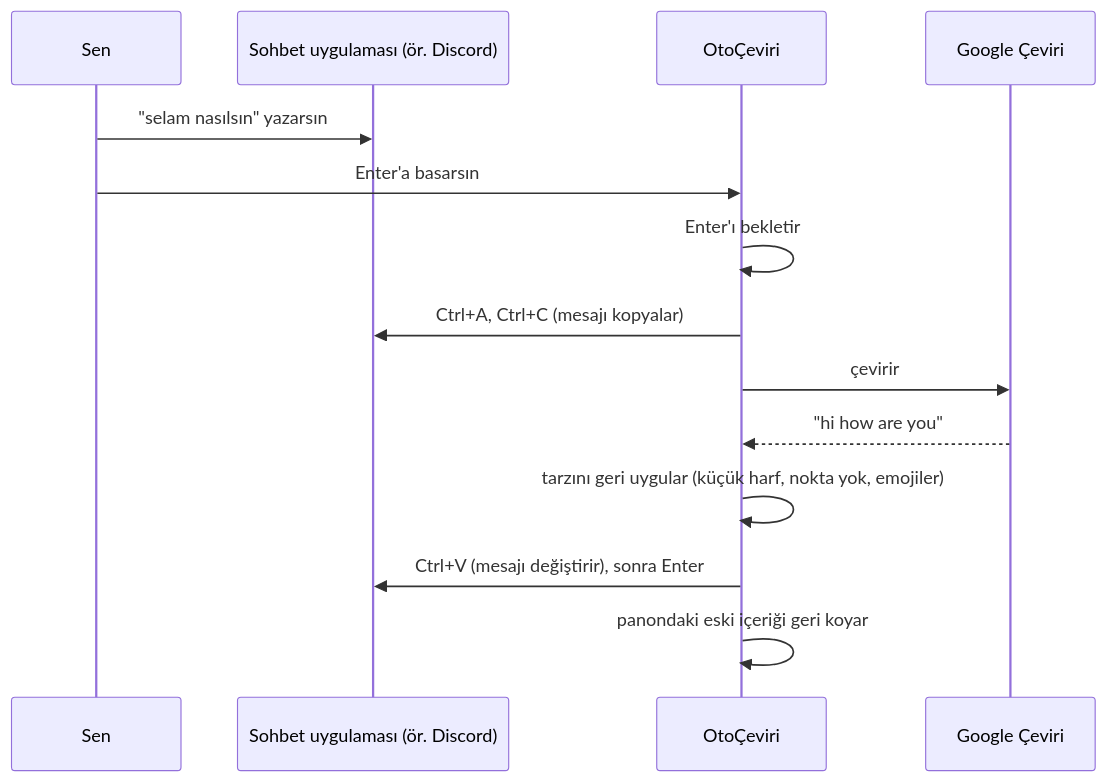
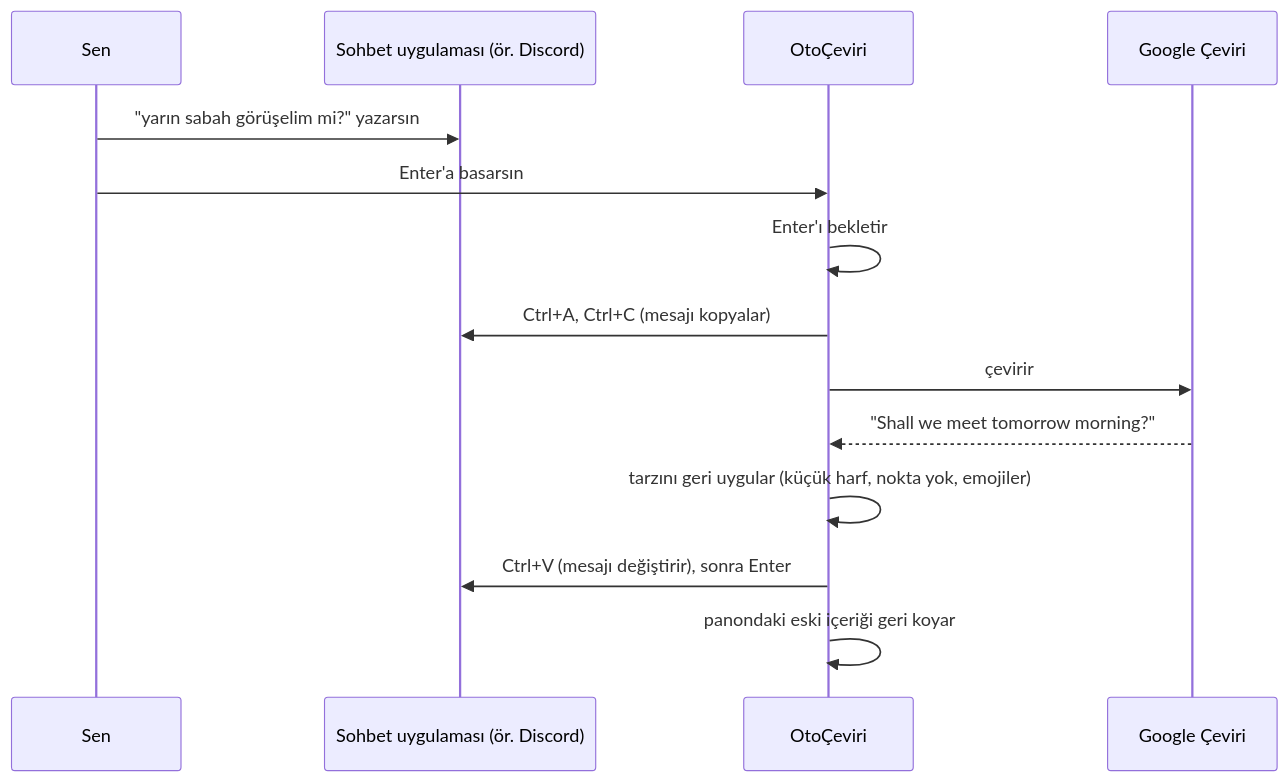
The diagram in README.tr.md (ysft1rt-art/otoceviri), drawn with Mermaid before and after one commit. The commit also changed other lines of this file and 1 other file, not shown here.

````diff
--- a/README.tr.md
+++ b/README.tr.md
@@ -49,16 +49,16 @@
 ```mermaid
 sequenceDiagram
     participant Sen
     participant Uyg as Sohbet uygulaması (ör. Discord)
     participant Oto as OtoÇeviri
     participant G as Google Çeviri
-    Sen->>Uyg: "selam nasılsın" yazarsın
+    Sen->>Uyg: "yarın sabah görüşelim mi?" yazarsın
     Sen->>Oto: Enter'a basarsın
     Oto->>Oto: Enter'ı bekletir
     Oto->>Uyg: Ctrl+A, Ctrl+C (mesajı kopyalar)
     Oto->>G: çevirir
-    G-->>Oto: "hi how are you"
+    G-->>Oto: "Shall we meet tomorrow morning?"
     Oto->>Oto: tarzını geri uygular (küçük harf, nokta yok, emojiler)
     Oto->>Uyg: Ctrl+V (mesajı değiştirir), sonra Enter
     Oto->>Oto: panondaki eski içeriği geri koyar
 ```
````
